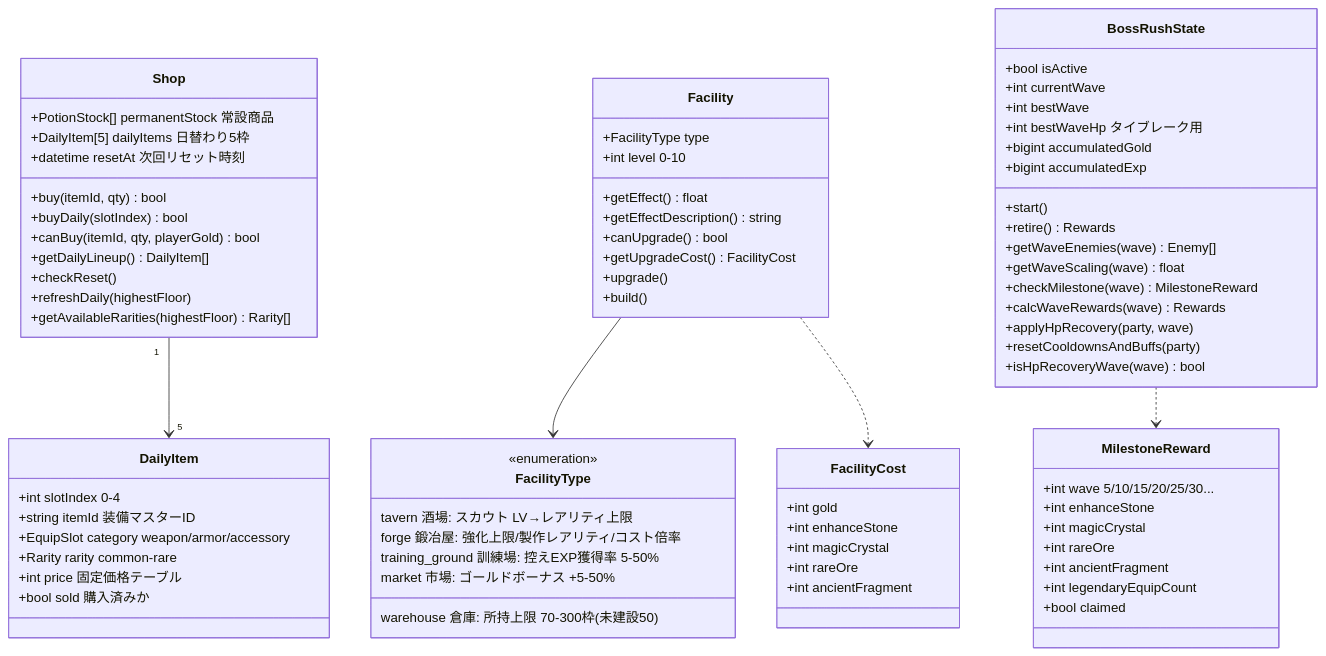
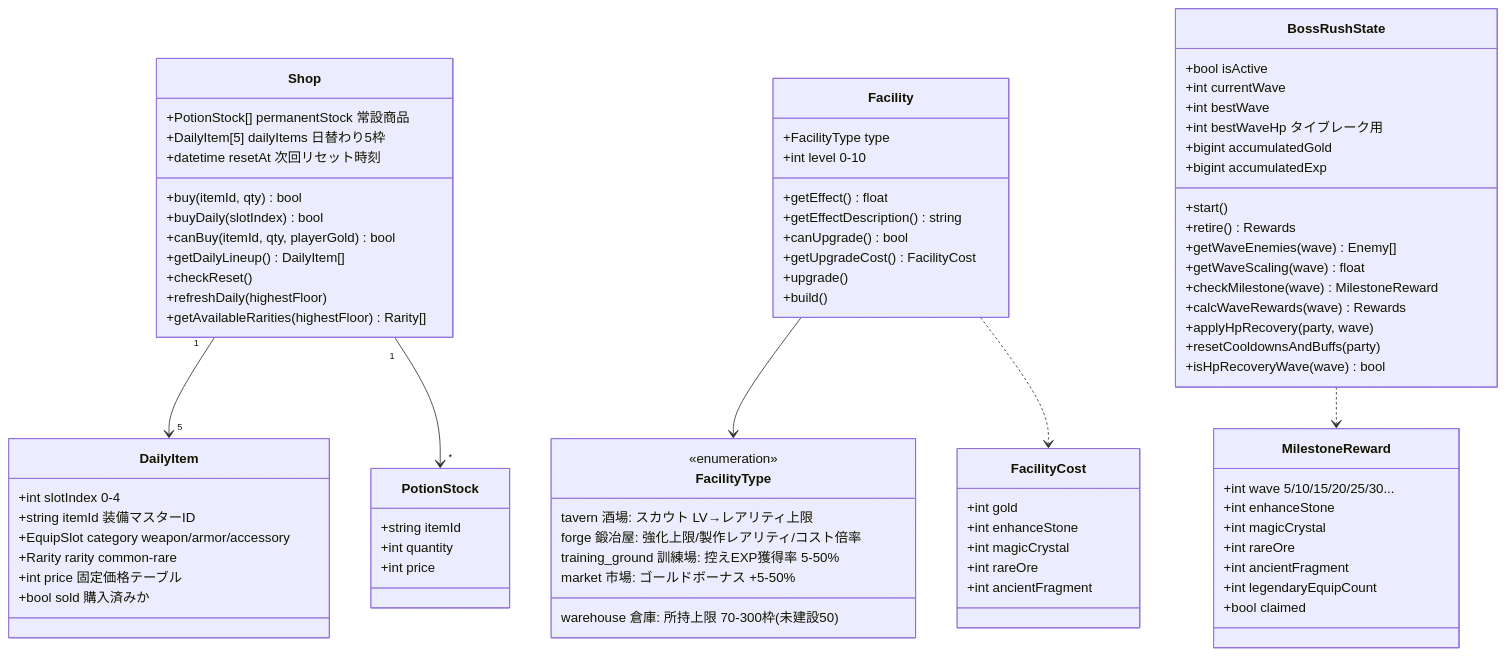
Before and after one commit to dateeee/2026_AFKGAME: the sixth of 6 diagrams in diagrams/class_diagram.md, drawn with Mermaid. The commit also changed other lines of this file and 34 other files, not shown here.

First line of the commit message:
docs+fix: 工程定義に基づく要件〜詳細設計の見直し — 全仕様書・設計図レビューと指摘修正

```diff
--- a/diagrams/class_diagram.md
+++ b/diagrams/class_diagram.md
@@ -525,6 +542,12 @@
         +Rarity rarity  common-rare
         +int price  固定価格テーブル
         +bool sold  購入済みか
+    }
+
+    class PotionStock {
+        +string itemId
+        +int quantity
+        +int price
     }
 
     class Facility {
@@ -584,6 +607,7 @@
     }
 
     Shop "1" --> "5" DailyItem
+    Shop "1" --> "*" PotionStock
     Facility --> FacilityType
     Facility ..> FacilityCost
     BossRushState ..> MilestoneReward
```
